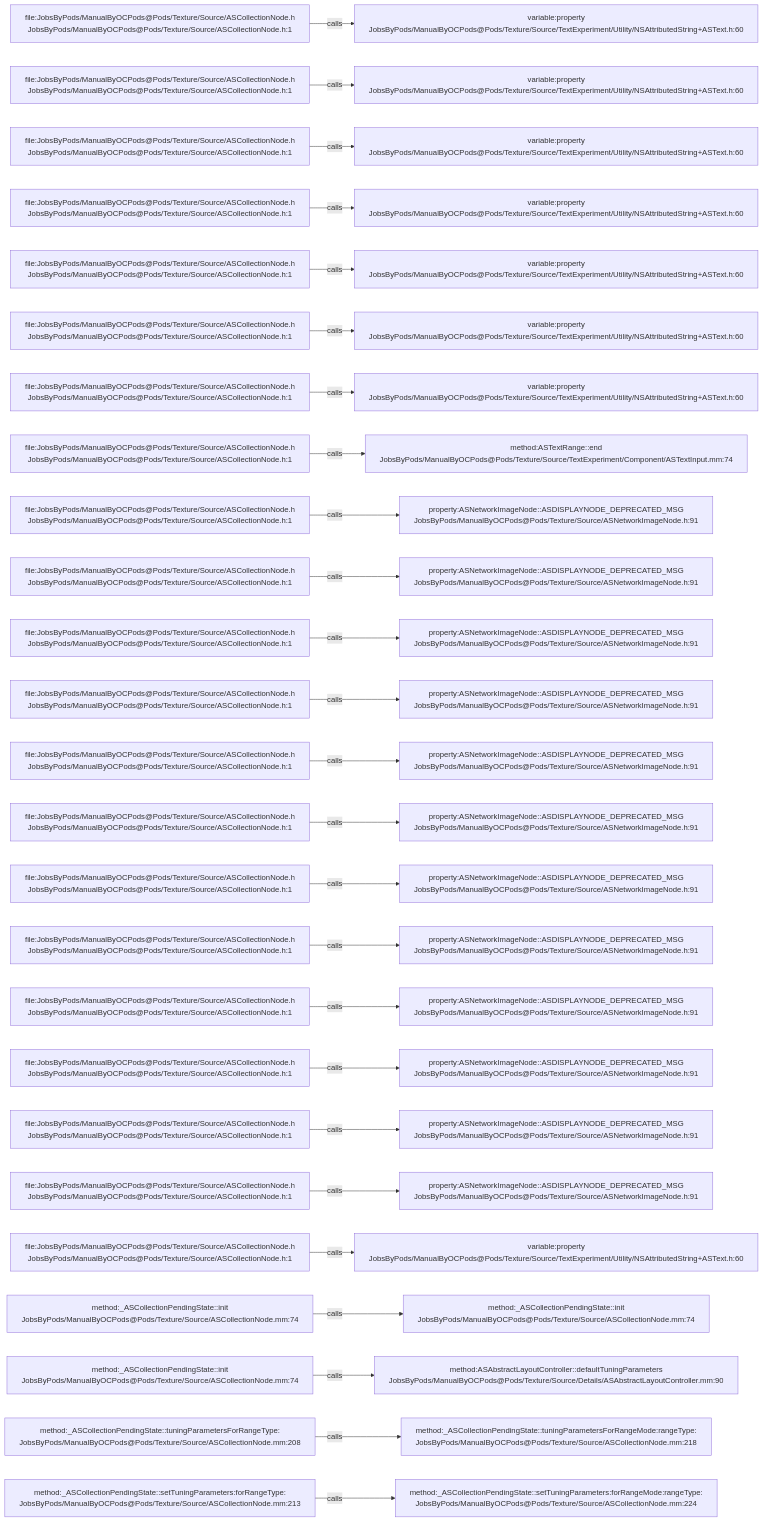
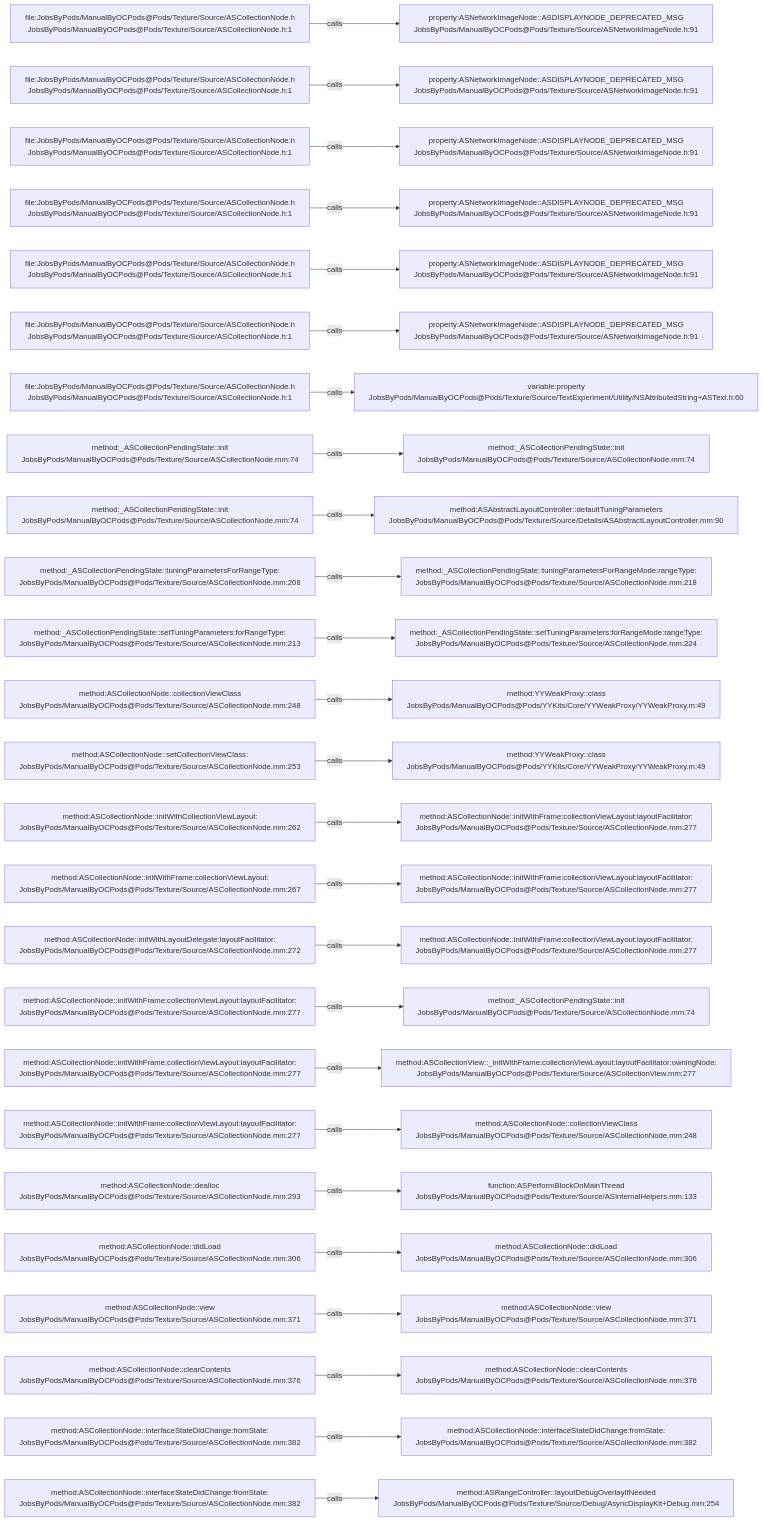
The diagram in .codegraph/codegraph.md/graphs/calls-077.md (JobsKits/JobsOCBaseConfigDemo), drawn with Mermaid before and after one commit. The commit also changed 296 other files, not shown here.

````diff
--- a/.codegraph/codegraph.md/graphs/calls-077.md
+++ b/.codegraph/codegraph.md/graphs/calls-077.md
@@ -13,78 +13,78 @@
 ```mermaid
 flowchart LR
   S1["file:JobsByPods/ManualByOCPods@Pods/Texture/Source/ASCollectionNode.h<br/>JobsByPods/ManualByOCPods@Pods/Texture/Source/ASCollectionNode.h:1"]
-  T1["variable:property<br/>JobsByPods/ManualByOCPods@Pods/Texture/Source/TextExperiment/Utility/NSAttributedString+ASText.h:60"]
+  T1["property:ASNetworkImageNode::ASDISPLAYNODE_DEPRECATED_MSG<br/>JobsByPods/ManualByOCPods@Pods/Texture/Source/ASNetworkImageNode.h:91"]
   S1 -->|calls| T1
   S2["file:JobsByPods/ManualByOCPods@Pods/Texture/Source/ASCollectionNode.h<br/>JobsByPods/ManualByOCPods@Pods/Texture/Source/ASCollectionNode.h:1"]
-  T2["variable:property<br/>JobsByPods/ManualByOCPods@Pods/Texture/Source/TextExperiment/Utility/NSAttributedString+ASText.h:60"]
+  T2["property:ASNetworkImageNode::ASDISPLAYNODE_DEPRECATED_MSG<br/>JobsByPods/ManualByOCPods@Pods/Texture/Source/ASNetworkImageNode.h:91"]
   S2 -->|calls| T2
   S3["file:JobsByPods/ManualByOCPods@Pods/Texture/Source/ASCollectionNode.h<br/>JobsByPods/ManualByOCPods@Pods/Texture/Source/ASCollectionNode.h:1"]
-  T3["variable:property<br/>JobsByPods/ManualByOCPods@Pods/Texture/Source/TextExperiment/Utility/NSAttributedString+ASText.h:60"]
+  T3["property:ASNetworkImageNode::ASDISPLAYNODE_DEPRECATED_MSG<br/>JobsByPods/ManualByOCPods@Pods/Texture/Source/ASNetworkImageNode.h:91"]
   S3 -->|calls| T3
   S4["file:JobsByPods/ManualByOCPods@Pods/Texture/Source/ASCollectionNode.h<br/>JobsByPods/ManualByOCPods@Pods/Texture/Source/ASCollectionNode.h:1"]
-  T4["variable:property<br/>JobsByPods/ManualByOCPods@Pods/Texture/Source/TextExperiment/Utility/NSAttributedString+ASText.h:60"]
+  T4["property:ASNetworkImageNode::ASDISPLAYNODE_DEPRECATED_MSG<br/>JobsByPods/ManualByOCPods@Pods/Texture/Source/ASNetworkImageNode.h:91"]
   S4 -->|calls| T4
   S5["file:JobsByPods/ManualByOCPods@Pods/Texture/Source/ASCollectionNode.h<br/>JobsByPods/ManualByOCPods@Pods/Texture/Source/ASCollectionNode.h:1"]
-  T5["variable:property<br/>JobsByPods/ManualByOCPods@Pods/Texture/Source/TextExperiment/Utility/NSAttributedString+ASText.h:60"]
+  T5["property:ASNetworkImageNode::ASDISPLAYNODE_DEPRECATED_MSG<br/>JobsByPods/ManualByOCPods@Pods/Texture/Source/ASNetworkImageNode.h:91"]
   S5 -->|calls| T5
   S6["file:JobsByPods/ManualByOCPods@Pods/Texture/Source/ASCollectionNode.h<br/>JobsByPods/ManualByOCPods@Pods/Texture/Source/ASCollectionNode.h:1"]
-  T6["variable:property<br/>JobsByPods/ManualByOCPods@Pods/Texture/Source/TextExperiment/Utility/NSAttributedString+ASText.h:60"]
+  T6["property:ASNetworkImageNode::ASDISPLAYNODE_DEPRECATED_MSG<br/>JobsByPods/ManualByOCPods@Pods/Texture/Source/ASNetworkImageNode.h:91"]
   S6 -->|calls| T6
   S7["file:JobsByPods/ManualByOCPods@Pods/Texture/Source/ASCollectionNode.h<br/>JobsByPods/ManualByOCPods@Pods/Texture/Source/ASCollectionNode.h:1"]
   T7["variable:property<br/>JobsByPods/ManualByOCPods@Pods/Texture/Source/TextExperiment/Utility/NSAttributedString+ASText.h:60"]
   S7 -->|calls| T7
-  S8["file:JobsByPods/ManualByOCPods@Pods/Texture/Source/ASCollectionNode.h<br/>JobsByPods/ManualByOCPods@Pods/Texture/Source/ASCollectionNode.h:1"]
-  T8["method:ASTextRange::end<br/>JobsByPods/ManualByOCPods@Pods/Texture/Source/TextExperiment/Component/ASTextInput.mm:74"]
+  S8["method:_ASCollectionPendingState::init<br/>JobsByPods/ManualByOCPods@Pods/Texture/Source/ASCollectionNode.mm:74"]
+  T8["method:_ASCollectionPendingState::init<br/>JobsByPods/ManualByOCPods@Pods/Texture/Source/ASCollectionNode.mm:74"]
   S8 -->|calls| T8
-  S9["file:JobsByPods/ManualByOCPods@Pods/Texture/Source/ASCollectionNode.h<br/>JobsByPods/ManualByOCPods@Pods/Texture/Source/ASCollectionNode.h:1"]
-  T9["property:ASNetworkImageNode::ASDISPLAYNODE_DEPRECATED_MSG<br/>JobsByPods/ManualByOCPods@Pods/Texture/Source/ASNetworkImageNode.h:91"]
+  S9["method:_ASCollectionPendingState::init<br/>JobsByPods/ManualByOCPods@Pods/Texture/Source/ASCollectionNode.mm:74"]
+  T9["method:ASAbstractLayoutController::defaultTuningParameters<br/>JobsByPods/ManualByOCPods@Pods/Texture/Source/Details/ASAbstractLayoutController.mm:90"]
   S9 -->|calls| T9
-  S10["file:JobsByPods/ManualByOCPods@Pods/Texture/Source/ASCollectionNode.h<br/>JobsByPods/ManualByOCPods@Pods/Texture/Source/ASCollectionNode.h:1"]
-  T10["property:ASNetworkImageNode::ASDISPLAYNODE_DEPRECATED_MSG<br/>JobsByPods/ManualByOCPods@Pods/Texture/Source/ASNetworkImageNode.h:91"]
+  S10["method:_ASCollectionPendingState::tuningParametersForRangeType:<br/>JobsByPods/ManualByOCPods@Pods/Texture/Source/ASCollectionNode.mm:208"]
+  T10["method:_ASCollectionPendingState::tuningParametersForRangeMode:rangeType:<br/>JobsByPods/ManualByOCPods@Pods/Texture/Source/ASCollectionNode.mm:218"]
   S10 -->|calls| T10
-  S11["file:JobsByPods/ManualByOCPods@Pods/Texture/Source/ASCollectionNode.h<br/>JobsByPods/ManualByOCPods@Pods/Texture/Source/ASCollectionNode.h:1"]
-  T11["property:ASNetworkImageNode::ASDISPLAYNODE_DEPRECATED_MSG<br/>JobsByPods/ManualByOCPods@Pods/Texture/Source/ASNetworkImageNode.h:91"]
+  S11["method:_ASCollectionPendingState::setTuningParameters:forRangeType:<br/>JobsByPods/ManualByOCPods@Pods/Texture/Source/ASCollectionNode.mm:213"]
+  T11["method:_ASCollectionPendingState::setTuningParameters:forRangeMode:rangeType:<br/>JobsByPods/ManualByOCPods@Pods/Texture/Source/ASCollectionNode.mm:224"]
   S11 -->|calls| T11
-  S12["file:JobsByPods/ManualByOCPods@Pods/Texture/Source/ASCollectionNode.h<br/>JobsByPods/ManualByOCPods@Pods/Texture/Source/ASCollectionNode.h:1"]
-  T12["property:ASNetworkImageNode::ASDISPLAYNODE_DEPRECATED_MSG<br/>JobsByPods/ManualByOCPods@Pods/Texture/Source/ASNetworkImageNode.h:91"]
+  S12["method:ASCollectionNode::collectionViewClass<br/>JobsByPods/ManualByOCPods@Pods/Texture/Source/ASCollectionNode.mm:248"]
+  T12["method:YYWeakProxy::class<br/>JobsByPods/ManualByOCPods@Pods/YYKits/Core/YYWeakProxy/YYWeakProxy.m:49"]
   S12 -->|calls| T12
-  S13["file:JobsByPods/ManualByOCPods@Pods/Texture/Source/ASCollectionNode.h<br/>JobsByPods/ManualByOCPods@Pods/Texture/Source/ASCollectionNode.h:1"]
-  T13["property:ASNetworkImageNode::ASDISPLAYNODE_DEPRECATED_MSG<br/>JobsByPods/ManualByOCPods@Pods/Texture/Source/ASNetworkImageNode.h:91"]
+  S13["method:ASCollectionNode::setCollectionViewClass:<br/>JobsByPods/ManualByOCPods@Pods/Texture/Source/ASCollectionNode.mm:253"]
+  T13["method:YYWeakProxy::class<br/>JobsByPods/ManualByOCPods@Pods/YYKits/Core/YYWeakProxy/YYWeakProxy.m:49"]
   S13 -->|calls| T13
-  S14["file:JobsByPods/ManualByOCPods@Pods/Texture/Source/ASCollectionNode.h<br/>JobsByPods/ManualByOCPods@Pods/Texture/Source/ASCollectionNode.h:1"]
-  T14["property:ASNetworkImageNode::ASDISPLAYNODE_DEPRECATED_MSG<br/>JobsByPods/ManualByOCPods@Pods/Texture/Source/ASNetworkImageNode.h:91"]
+  S14["method:ASCollectionNode::initWithCollectionViewLayout:<br/>JobsByPods/ManualByOCPods@Pods/Texture/Source/ASCollectionNode.mm:262"]
+  T14["method:ASCollectionNode::initWithFrame:collectionViewLayout:layoutFacilitator:<br/>JobsByPods/ManualByOCPods@Pods/Texture/Source/ASCollectionNode.mm:277"]
   S14 -->|calls| T14
-  S15["file:JobsByPods/ManualByOCPods@Pods/Texture/Source/ASCollectionNode.h<br/>JobsByPods/ManualByOCPods@Pods/Texture/Source/ASCollectionNode.h:1"]
-  T15["property:ASNetworkImageNode::ASDISPLAYNODE_DEPRECATED_MSG<br/>JobsByPods/ManualByOCPods@Pods/Texture/Source/ASNetworkImageNode.h:91"]
+  S15["method:ASCollectionNode::initWithFrame:collectionViewLayout:<br/>JobsByPods/ManualByOCPods@Pods/Texture/Source/ASCollectionNode.mm:267"]
+  T15["method:ASCollectionNode::initWithFrame:collectionViewLayout:layoutFacilitator:<br/>JobsByPods/ManualByOCPods@Pods/Texture/Source/ASCollectionNode.mm:277"]
   S15 -->|calls| T15
-  S16["file:JobsByPods/ManualByOCPods@Pods/Texture/Source/ASCollectionNode.h<br/>JobsByPods/ManualByOCPods@Pods/Texture/Source/ASCollectionNode.h:1"]
-  T16["property:ASNetworkImageNode::ASDISPLAYNODE_DEPRECATED_MSG<br/>JobsByPods/ManualByOCPods@Pods/Texture/Source/ASNetworkImageNode.h:91"]
+  S16["method:ASCollectionNode::initWithLayoutDelegate:layoutFacilitator:<br/>JobsByPods/ManualByOCPods@Pods/Texture/Source/ASCollectionNode.mm:272"]
+  T16["method:ASCollectionNode::initWithFrame:collectionViewLayout:layoutFacilitator:<br/>JobsByPods/ManualByOCPods@Pods/Texture/Source/ASCollectionNode.mm:277"]
   S16 -->|calls| T16
-  S17["file:JobsByPods/ManualByOCPods@Pods/Texture/Source/ASCollectionNode.h<br/>JobsByPods/ManualByOCPods@Pods/Texture/Source/ASCollectionNode.h:1"]
-  T17["property:ASNetworkImageNode::ASDISPLAYNODE_DEPRECATED_MSG<br/>JobsByPods/ManualByOCPods@Pods/Texture/Source/ASNetworkImageNode.h:91"]
+  S17["method:ASCollectionNode::initWithFrame:collectionViewLayout:layoutFacilitator:<br/>JobsByPods/ManualByOCPods@Pods/Texture/Source/ASCollectionNode.mm:277"]
+  T17["method:_ASCollectionPendingState::init<br/>JobsByPods/ManualByOCPods@Pods/Texture/Source/ASCollectionNode.mm:74"]
   S17 -->|calls| T17
-  S18["file:JobsByPods/ManualByOCPods@Pods/Texture/Source/ASCollectionNode.h<br/>JobsByPods/ManualByOCPods@Pods/Texture/Source/ASCollectionNode.h:1"]
-  T18["property:ASNetworkImageNode::ASDISPLAYNODE_DEPRECATED_MSG<br/>JobsByPods/ManualByOCPods@Pods/Texture/Source/ASNetworkImageNode.h:91"]
+  S18["method:ASCollectionNode::initWithFrame:collectionViewLayout:layoutFacilitator:<br/>JobsByPods/ManualByOCPods@Pods/Texture/Source/ASCollectionNode.mm:277"]
+  T18["method:ASCollectionView::_initWithFrame:collectionViewLayout:layoutFacilitator:owningNode:<br/>JobsByPods/ManualByOCPods@Pods/Texture/Source/ASCollectionView.mm:277"]
   S18 -->|calls| T18
-  S19["file:JobsByPods/ManualByOCPods@Pods/Texture/Source/ASCollectionNode.h<br/>JobsByPods/ManualByOCPods@Pods/Texture/Source/ASCollectionNode.h:1"]
-  T19["property:ASNetworkImageNode::ASDISPLAYNODE_DEPRECATED_MSG<br/>JobsByPods/ManualByOCPods@Pods/Texture/Source/ASNetworkImageNode.h:91"]
+  S19["method:ASCollectionNode::initWithFrame:collectionViewLayout:layoutFacilitator:<br/>JobsByPods/ManualByOCPods@Pods/Texture/Source/ASCollectionNode.mm:277"]
+  T19["method:ASCollectionNode::collectionViewClass<br/>JobsByPods/ManualByOCPods@Pods/Texture/Source/ASCollectionNode.mm:248"]
   S19 -->|calls| T19
-  S20["file:JobsByPods/ManualByOCPods@Pods/Texture/Source/ASCollectionNode.h<br/>JobsByPods/ManualByOCPods@Pods/Texture/Source/ASCollectionNode.h:1"]
-  T20["property:ASNetworkImageNode::ASDISPLAYNODE_DEPRECATED_MSG<br/>JobsByPods/ManualByOCPods@Pods/Texture/Source/ASNetworkImageNode.h:91"]
+  S20["method:ASCollectionNode::dealloc<br/>JobsByPods/ManualByOCPods@Pods/Texture/Source/ASCollectionNode.mm:293"]
+  T20["function:ASPerformBlockOnMainThread<br/>JobsByPods/ManualByOCPods@Pods/Texture/Source/ASInternalHelpers.mm:133"]
   S20 -->|calls| T20
-  S21["file:JobsByPods/ManualByOCPods@Pods/Texture/Source/ASCollectionNode.h<br/>JobsByPods/ManualByOCPods@Pods/Texture/Source/ASCollectionNode.h:1"]
-  T21["variable:property<br/>JobsByPods/ManualByOCPods@Pods/Texture/Source/TextExperiment/Utility/NSAttributedString+ASText.h:60"]
+  S21["method:ASCollectionNode::didLoad<br/>JobsByPods/ManualByOCPods@Pods/Texture/Source/ASCollectionNode.mm:306"]
+  T21["method:ASCollectionNode::didLoad<br/>JobsByPods/ManualByOCPods@Pods/Texture/Source/ASCollectionNode.mm:306"]
   S21 -->|calls| T21
-  S22["method:_ASCollectionPendingState::init<br/>JobsByPods/ManualByOCPods@Pods/Texture/Source/ASCollectionNode.mm:74"]
-  T22["method:_ASCollectionPendingState::init<br/>JobsByPods/ManualByOCPods@Pods/Texture/Source/ASCollectionNode.mm:74"]
+  S22["method:ASCollectionNode::view<br/>JobsByPods/ManualByOCPods@Pods/Texture/Source/ASCollectionNode.mm:371"]
+  T22["method:ASCollectionNode::view<br/>JobsByPods/ManualByOCPods@Pods/Texture/Source/ASCollectionNode.mm:371"]
   S22 -->|calls| T22
-  S23["method:_ASCollectionPendingState::init<br/>JobsByPods/ManualByOCPods@Pods/Texture/Source/ASCollectionNode.mm:74"]
-  T23["method:ASAbstractLayoutController::defaultTuningParameters<br/>JobsByPods/ManualByOCPods@Pods/Texture/Source/Details/ASAbstractLayoutController.mm:90"]
+  S23["method:ASCollectionNode::clearContents<br/>JobsByPods/ManualByOCPods@Pods/Texture/Source/ASCollectionNode.mm:376"]
+  T23["method:ASCollectionNode::clearContents<br/>JobsByPods/ManualByOCPods@Pods/Texture/Source/ASCollectionNode.mm:376"]
   S23 -->|calls| T23
-  S24["method:_ASCollectionPendingState::tuningParametersForRangeType:<br/>JobsByPods/ManualByOCPods@Pods/Texture/Source/ASCollectionNode.mm:208"]
-  T24["method:_ASCollectionPendingState::tuningParametersForRangeMode:rangeType:<br/>JobsByPods/ManualByOCPods@Pods/Texture/Source/ASCollectionNode.mm:218"]
+  S24["method:ASCollectionNode::interfaceStateDidChange:fromState:<br/>JobsByPods/ManualByOCPods@Pods/Texture/Source/ASCollectionNode.mm:382"]
+  T24["method:ASCollectionNode::interfaceStateDidChange:fromState:<br/>JobsByPods/ManualByOCPods@Pods/Texture/Source/ASCollectionNode.mm:382"]
   S24 -->|calls| T24
-  S25["method:_ASCollectionPendingState::setTuningParameters:forRangeType:<br/>JobsByPods/ManualByOCPods@Pods/Texture/Source/ASCollectionNode.mm:213"]
-  T25["method:_ASCollectionPendingState::setTuningParameters:forRangeMode:rangeType:<br/>JobsByPods/ManualByOCPods@Pods/Texture/Source/ASCollectionNode.mm:224"]
+  S25["method:ASCollectionNode::interfaceStateDidChange:fromState:<br/>JobsByPods/ManualByOCPods@Pods/Texture/Source/ASCollectionNode.mm:382"]
+  T25["method:ASRangeController::layoutDebugOverlayIfNeeded<br/>JobsByPods/ManualByOCPods@Pods/Texture/Source/Debug/AsyncDisplayKit+Debug.mm:254"]
   S25 -->|calls| T25
 ```
````
